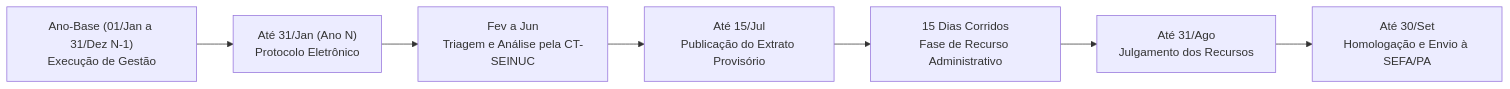
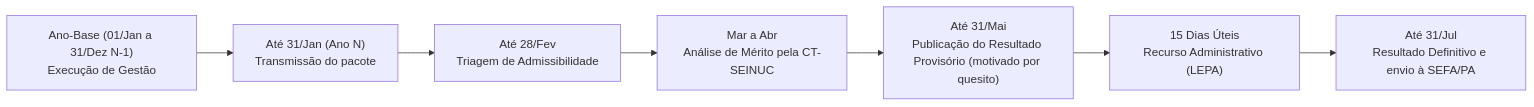
One commit to NGEO-IDEFLOR-Bio/seinuc-forca-tarefa changed the diagram in tarefas/EPIC1-T2.md. Above: the diagram before and after it, drawn with Mermaid. The commit also changed other lines of this file and 19 other files, not shown here.

````diff
--- a/tarefas/EPIC1-T2.md
+++ b/tarefas/EPIC1-T2.md
@@ -14,9 +14,9 @@
 ```mermaid
 flowchart LR
-    A["Ano-Base (01/Jan a 31/Dez N-1)<br/>Execução de Gestão"] --> B["Até 31/Jan (Ano N)<br/>Protocolo Eletrônico"]
-    B --> C["Fev a Jun<br/>Triagem e Análise pela CT-SEINUC"]
-    C --> D["Até 15/Jul<br/>Publicação do Extrato Provisório"]
-    D --> E["15 Dias Corridos<br/>Fase de Recurso Administrativo"]
-    E --> F["Até 31/Ago<br/>Julgamento dos Recursos"]
-    F --> G["Até 30/Set<br/>Homologação e Envio à SEFA/PA"]
+    A["Ano-Base (01/Jan a 31/Dez N-1)<br/>Execução de Gestão"] --> B["Até 31/Jan (Ano N)<br/>Transmissão do pacote"]
+    B --> C["Até 28/Fev<br/>Triagem de Admissibilidade"]
+    C --> D["Mar a Abr<br/>Análise de Mérito pela CT-SEINUC"]
+    D --> E["Até 31/Mai<br/>Publicação do Resultado Provisório (motivado por quesito)"]
+    E --> F["15 Dias Úteis<br/>Recurso Administrativo (LEPA)"]
+    F --> G["Até 31/Jul<br/>Resultado Definitivo e envio à SEFA/PA"]
 ```
````
